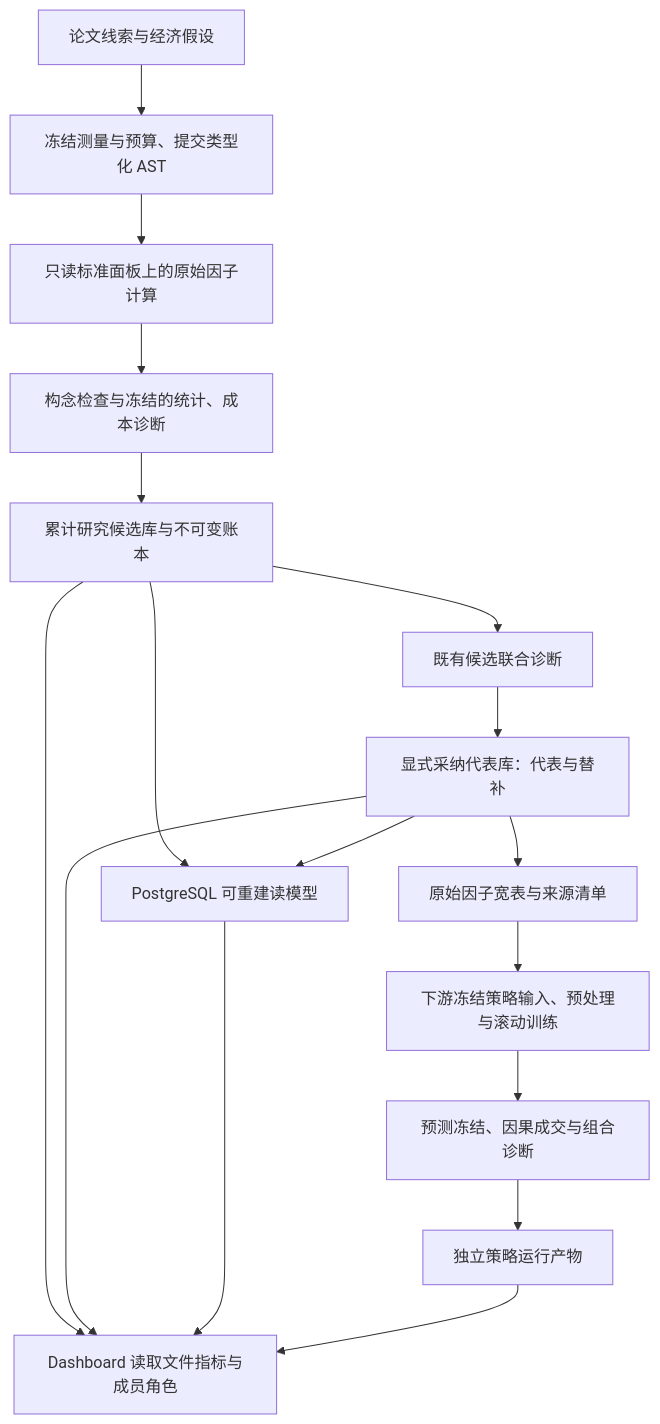
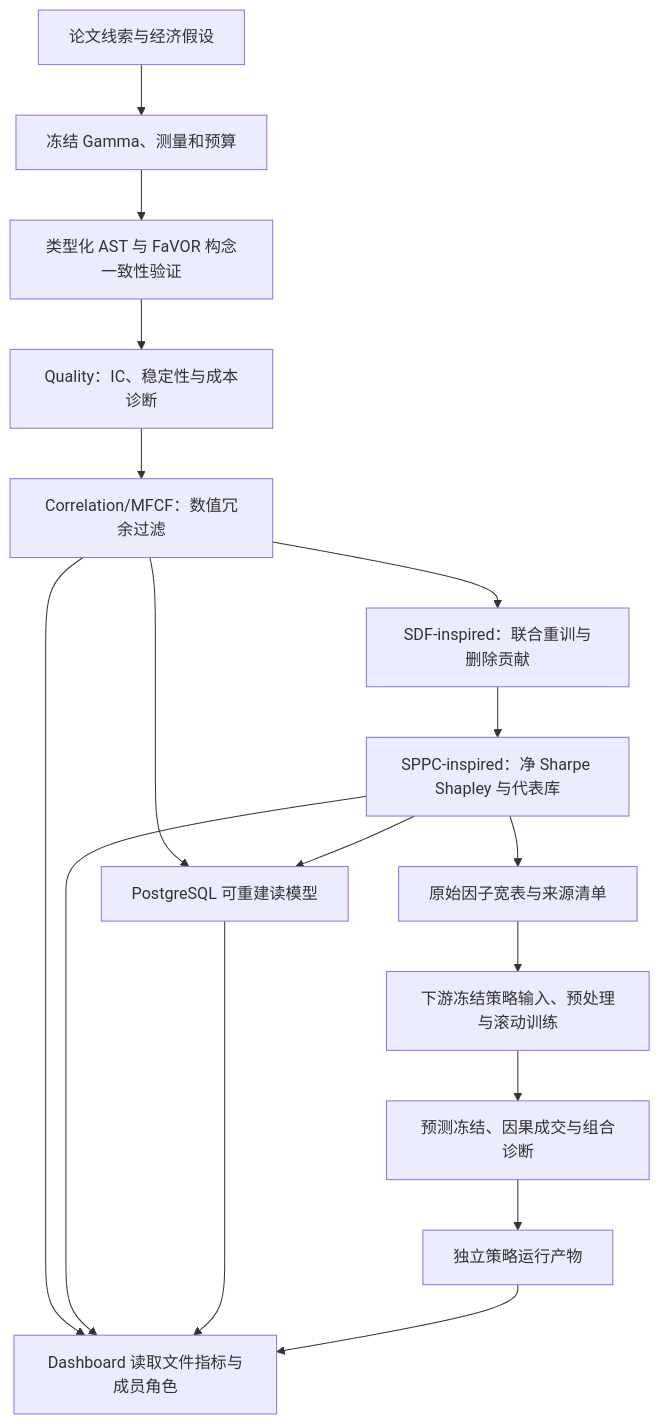
One commit to ValerianHuan62/factor_miner changed the diagram in ARCHITECTURE.md. Above: the diagram before and after it, drawn with Mermaid. The commit also changed other lines of this file and 3 other files, not shown here.

````diff
--- a/ARCHITECTURE.md
+++ b/ARCHITECTURE.md
@@ -13,19 +13,19 @@
 ```mermaid
 flowchart TD
-    A[论文线索与经济假设] --> B[冻结测量与预算、提交类型化 AST]
-    B --> C[只读标准面板上的原始因子计算]
-    C --> D[构念检查与冻结的统计、成本诊断]
-    D --> E[累计研究候选库与不可变账本]
-    E --> F[既有候选联合诊断]
-    F --> G[显式采纳代表库：代表与替补]
+    A[论文线索与经济假设] --> B[冻结 Gamma、测量和预算]
+    B --> C[类型化 AST 与 FaVOR 构念一致性验证]
+    C --> D[Quality：IC、稳定性与成本诊断]
+    D --> E[Correlation/MFCF：数值冗余过滤]
+    E --> F[SDF-inspired：联合重训与删除贡献]
+    F --> G[SPPC-inspired：净 Sharpe Shapley 与代表库]
     G --> M[原始因子宽表与来源清单]
     M --> H[下游冻结策略输入、预处理与滚动训练]
     H --> I[预测冻结、因果成交与组合诊断]
     I --> J[独立策略运行产物]
     E --> K[PostgreSQL 可重建读模型]
     G --> K
     E --> L[Dashboard 读取文件指标与成员角色]
     G --> L
     K --> L
     J --> L
 ```
````
